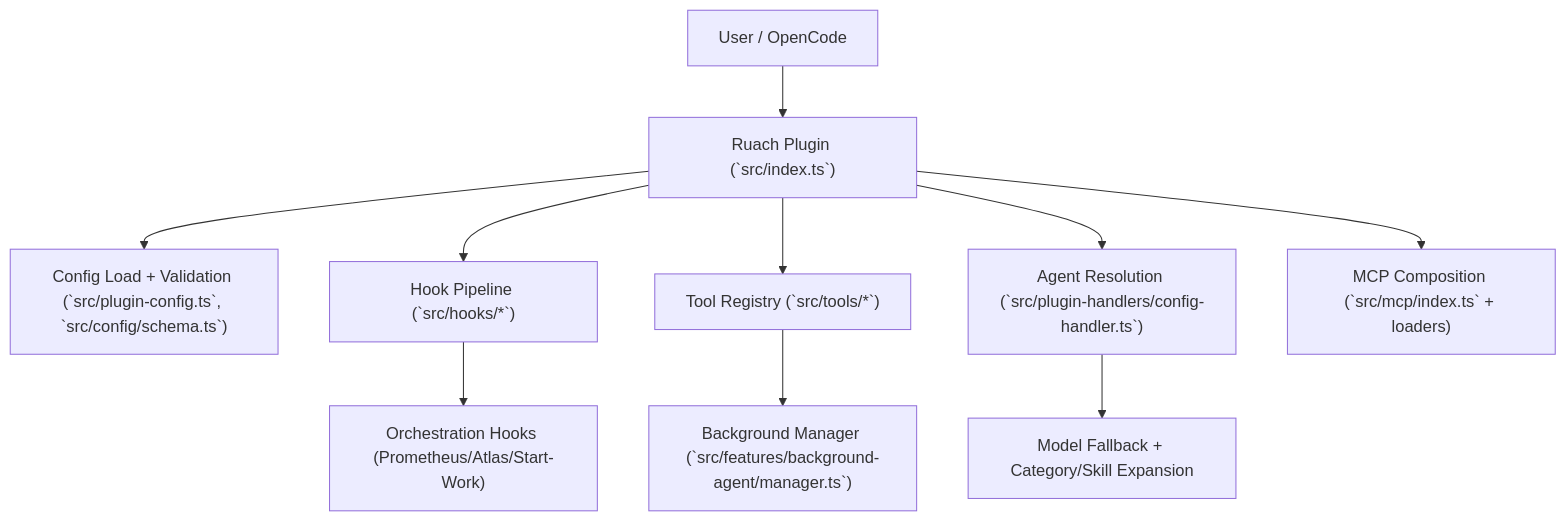
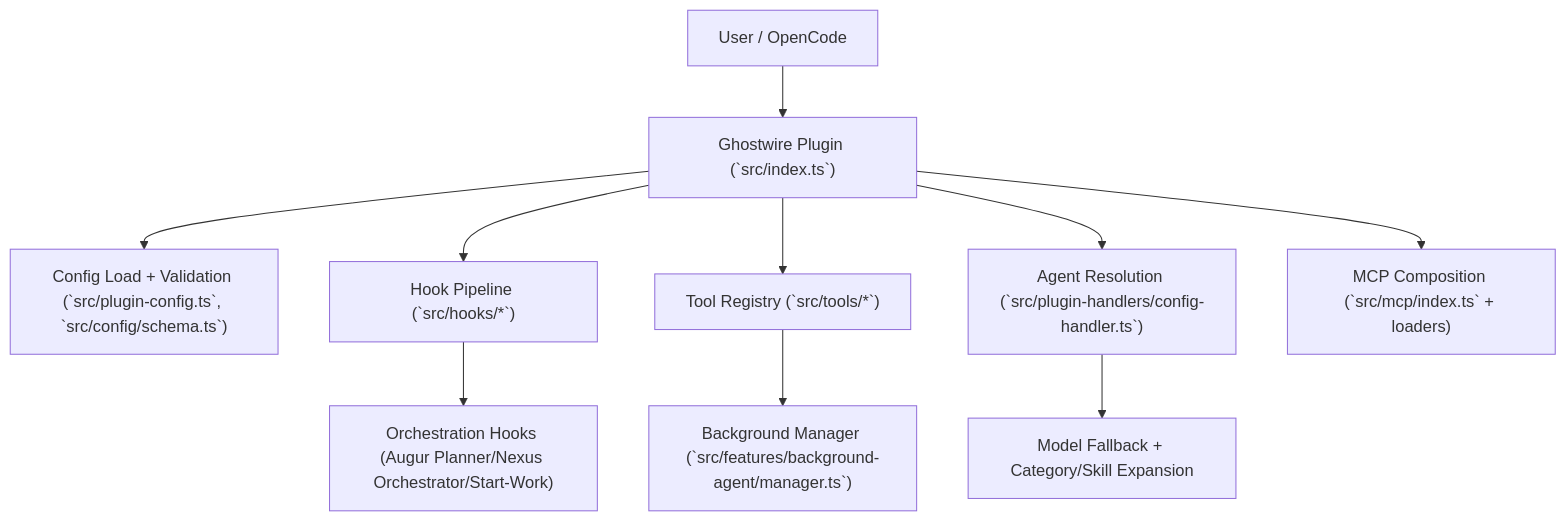
The diagram in docs/architecture/system-deep-dive.md (hackefeller/ghostwire), drawn with Mermaid before and after one commit. The commit also changed other lines of this file and 477 other files, not shown here.

````diff
--- a/docs/architecture/system-deep-dive.md
+++ b/docs/architecture/system-deep-dive.md
@@ -25,12 +25,12 @@
 ```mermaid
 flowchart TD
-    U["User / OpenCode"] --> P["Ruach Plugin (`src/index.ts`)"]
+    U["User / OpenCode"] --> P["Ghostwire Plugin (`src/index.ts`)"]
     P --> C["Config Load + Validation (`src/plugin-config.ts`, `src/config/schema.ts`)"]
     P --> H["Hook Pipeline (`src/hooks/*`)"]
     P --> T["Tool Registry (`src/tools/*`)"]
     P --> A["Agent Resolution (`src/plugin-handlers/config-handler.ts`)"]
     A --> M["Model Fallback + Category/Skill Expansion"]
     T --> B["Background Manager (`src/features/background-agent/manager.ts`)"]
-    H --> O["Orchestration Hooks (Prometheus/Atlas/Start-Work)"]
+    H --> O["Orchestration Hooks (Augur Planner/Nexus Orchestrator/Start-Work)"]
     P --> MCP["MCP Composition (`src/mcp/index.ts` + loaders)"]
 ```
````
